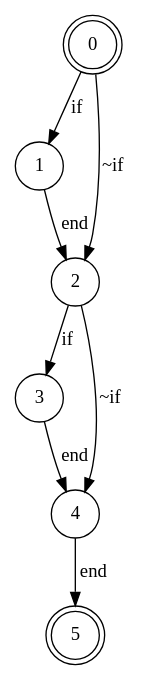
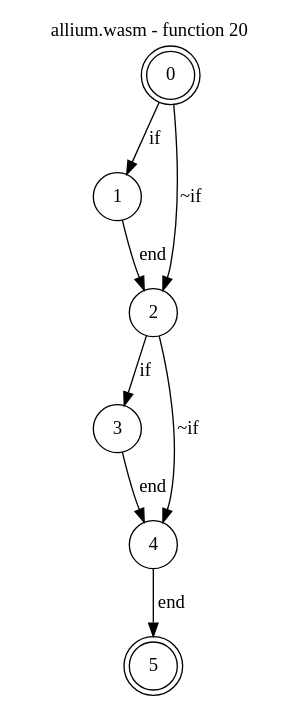
The diagram in test_cases/allium/funcs/allium-func20.dot (jsCarleton/wanalyze), drawn with Graphviz before and after one commit. The commit also changed 2386 other files, not shown here.

```diff
--- a/test_cases/allium/funcs/allium-func20.dot
+++ b/test_cases/allium/funcs/allium-func20.dot
@@ -1,11 +1,16 @@
 digraph finite_state_machine {
+    label = "allium.wasm - function 20"
+    labelloc =  t
+    labelfontsize = 16
+    labelfontcolor = black
+    labelfontname = "Helvetica"
     node [shape = doublecircle]; 0 5;
     node [shape = circle];
     0 -> 1[label = "if"];
     0 -> 2[label = "~if"];
     1 -> 2[label = "end"];
     2 -> 3[label = "if"];
     2 -> 4[label = "~if"];
     3 -> 4[label = "end"];
     4 -> 5[label = "end"];
 }
```
